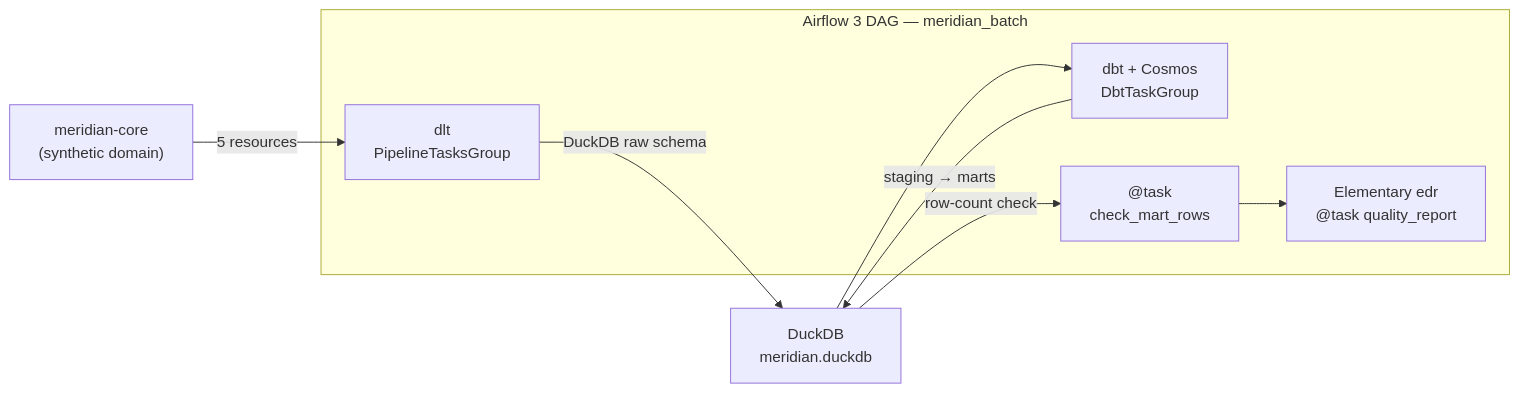
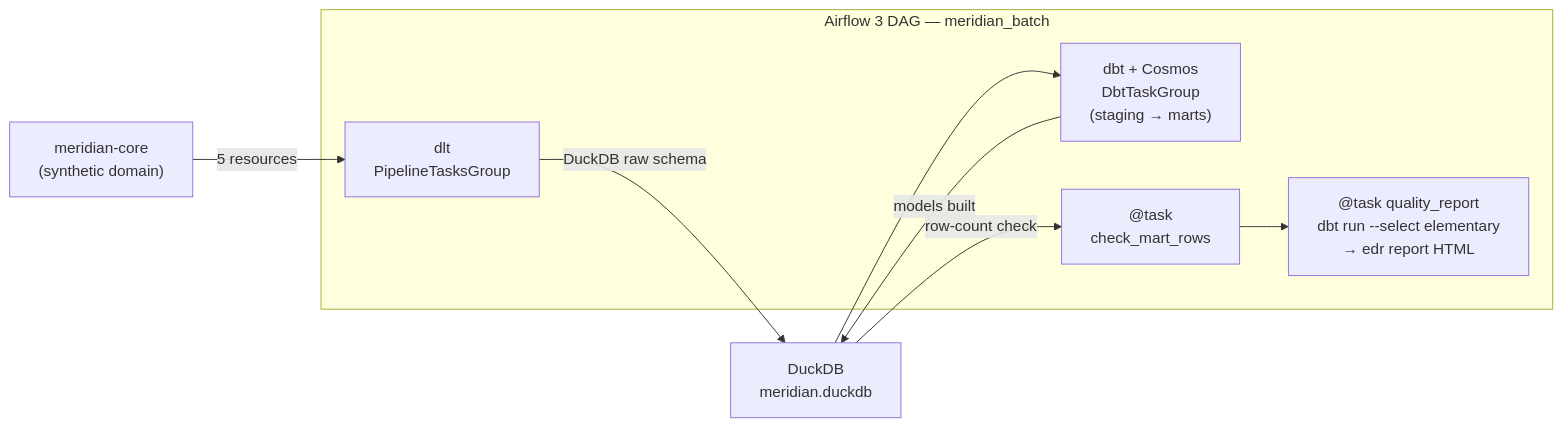
The diagram in README.md (AndreFelippeVidal/meridian-airflow), drawn with Mermaid before and after one commit. The commit also changed other lines of this file and 10 other files, not shown here.

````diff
--- a/README.md
+++ b/README.md
@@ -18,16 +18,16 @@
 ```mermaid
 flowchart LR
     A["meridian-core\n(synthetic domain)"] -->|5 resources| B["dlt\nPipelineTasksGroup"]
     B -->|DuckDB raw schema| C["DuckDB\nmeridian.duckdb"]
-    C --> D["dbt + Cosmos\nDbtTaskGroup"]
-    D -->|staging → marts| C
+    C --> D["dbt + Cosmos\nDbtTaskGroup\n(staging → marts)"]
+    D -->|models built| C
     C -->|row-count check| E["@task\ncheck_mart_rows"]
-    E --> F["Elementary edr\n@task quality_report"]
+    E --> F["@task quality_report\ndbt run --select elementary\n→ edr report HTML"]
 
     subgraph "Airflow 3 DAG — meridian_batch"
         B
         D
         E
         F
     end
 ```
````
